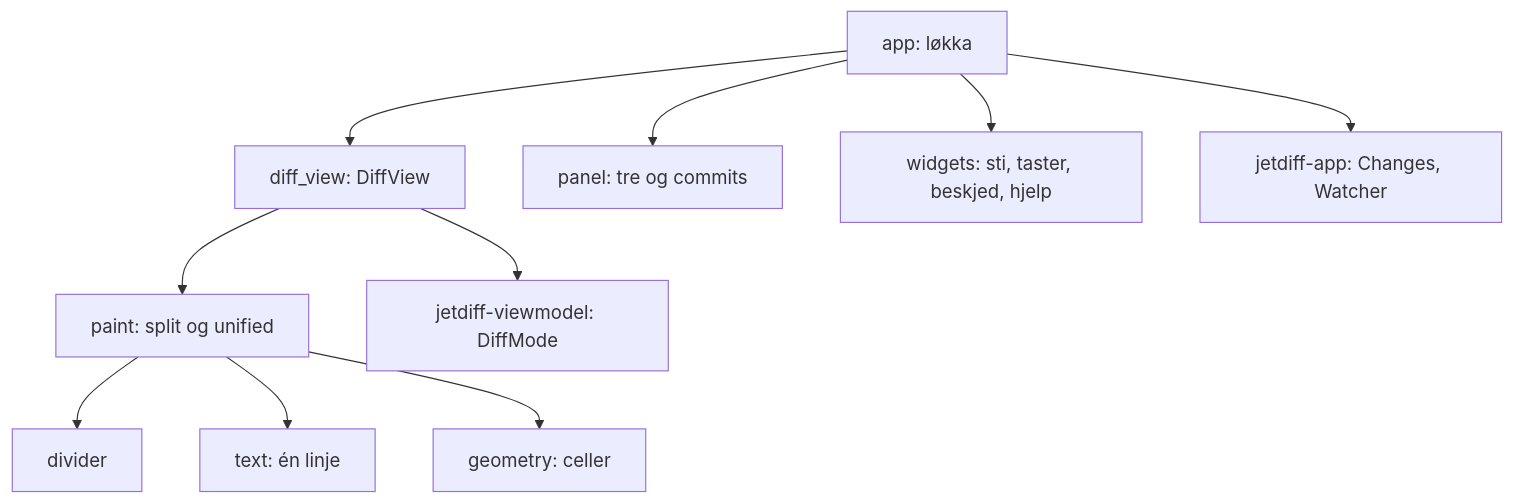
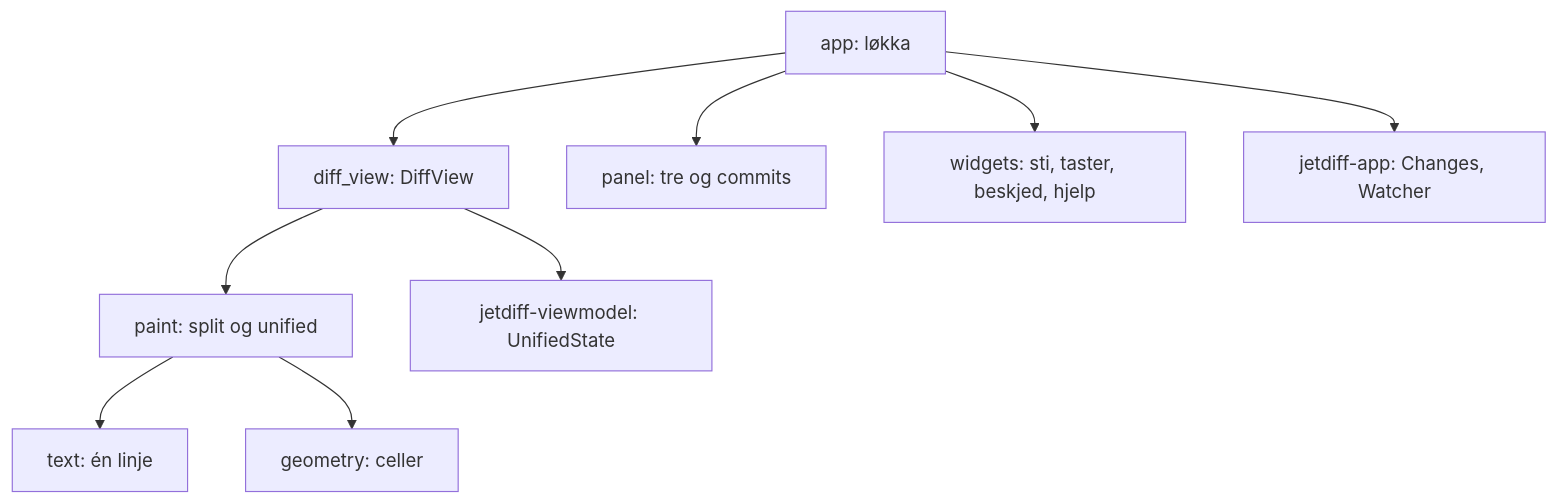
Before and after one commit to akemkers/jetdiff: the diagram in crates/jetdiff-tui/README.md, drawn with Mermaid. The commit also changed other lines of this file and 12 other files, not shown here.

````diff
--- a/crates/jetdiff-tui/README.md
+++ b/crates/jetdiff-tui/README.md
@@ -26,12 +29,11 @@
 ```mermaid
 graph TD
     app[app: løkka] --> diff[diff_view: DiffView]
     app --> panel[panel: tre og commits]
     app --> widgets[widgets: sti, taster, beskjed, hjelp]
     app --> changes[jetdiff-app: Changes, Watcher]
     diff --> paint[paint: split og unified]
-    paint --> divider[divider]
     paint --> text[text: én linje]
     paint --> geometry[geometry: celler]
-    diff --> mode[jetdiff-viewmodel: DiffMode]
+    diff --> state[jetdiff-viewmodel: UnifiedState]
 ```
````
